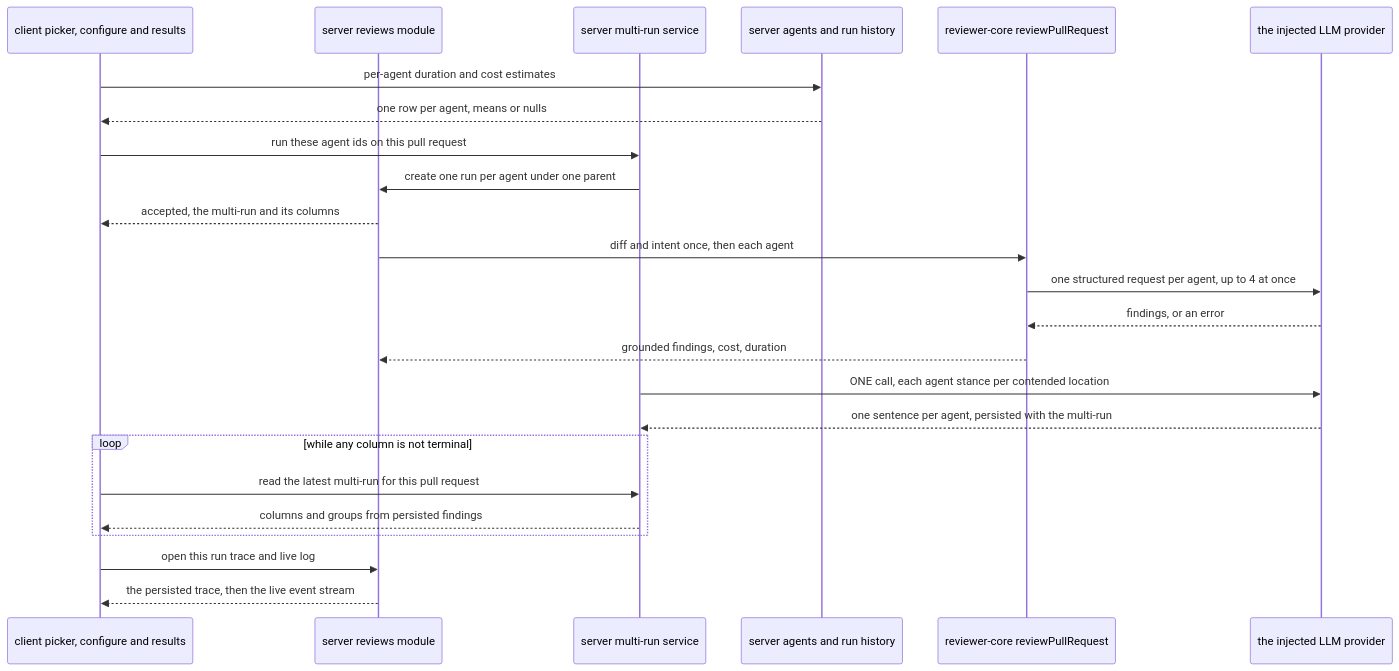
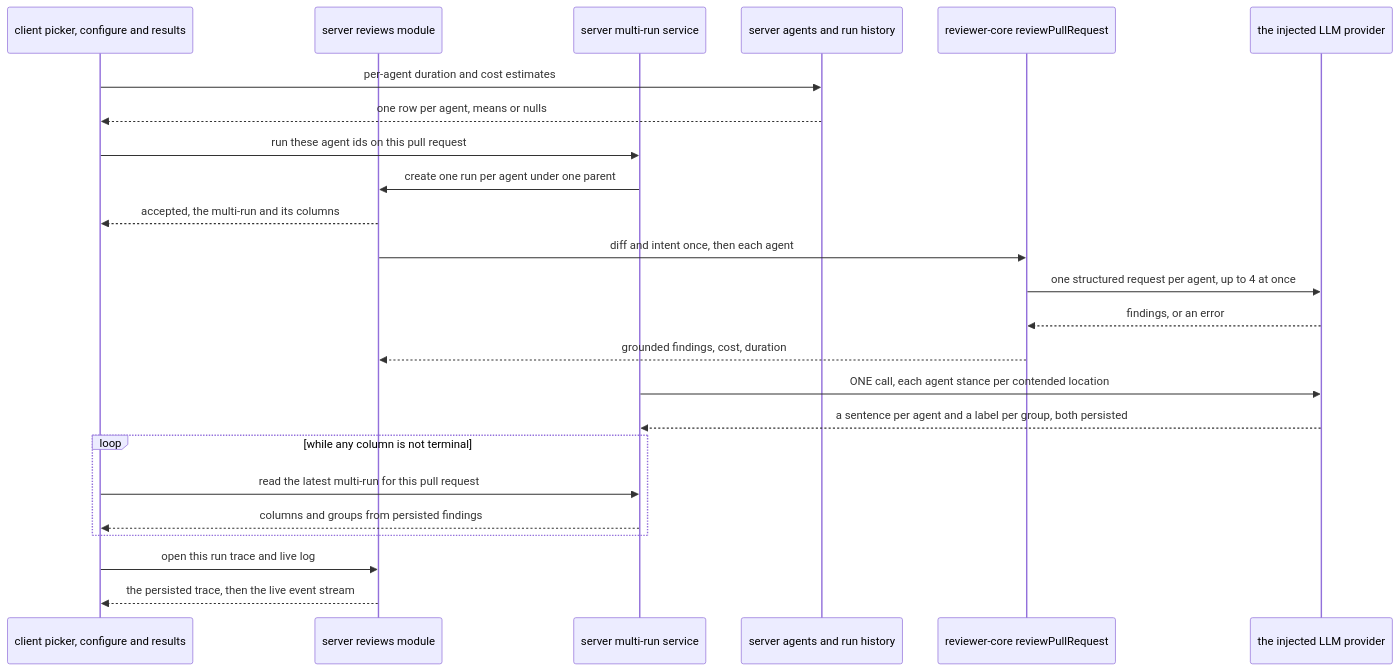
One commit to BlackCat07/dev-digest changed the diagram in specs/multi-agent-review.md. Above: the diagram before and after it, drawn with Mermaid. The commit also changed other lines of this file and 1 other file, not shown here.

````diff
--- a/specs/multi-agent-review.md
+++ b/specs/multi-agent-review.md
@@ -763,27 +905,27 @@
 ```mermaid
 sequenceDiagram
     participant Client as client picker, configure and results
     participant Reviews as server reviews module
     participant Multi as server multi-run service
     participant Agents as server agents and run history
     participant Engine as reviewer-core reviewPullRequest
     participant Llm as the injected LLM provider
 
     Client->>Agents: per-agent duration and cost estimates
     Agents-->>Client: one row per agent, means or nulls
     Client->>Multi: run these agent ids on this pull request
     Multi->>Reviews: create one run per agent under one parent
     Reviews-->>Client: accepted, the multi-run and its columns
     Reviews->>Engine: diff and intent once, then each agent
     Engine->>Llm: one structured request per agent, up to 4 at once
     Llm-->>Engine: findings, or an error
     Engine-->>Reviews: grounded findings, cost, duration
     Multi->>Llm: ONE call, each agent stance per contended location
-    Llm-->>Multi: one sentence per agent, persisted with the multi-run
+    Llm-->>Multi: a sentence per agent and a label per group, both persisted
     loop while any column is not terminal
         Client->>Multi: read the latest multi-run for this pull request
         Multi-->>Client: columns and groups from persisted findings
     end
     Client->>Reviews: open this run trace and live log
     Reviews-->>Client: the persisted trace, then the live event stream
 ```
````
